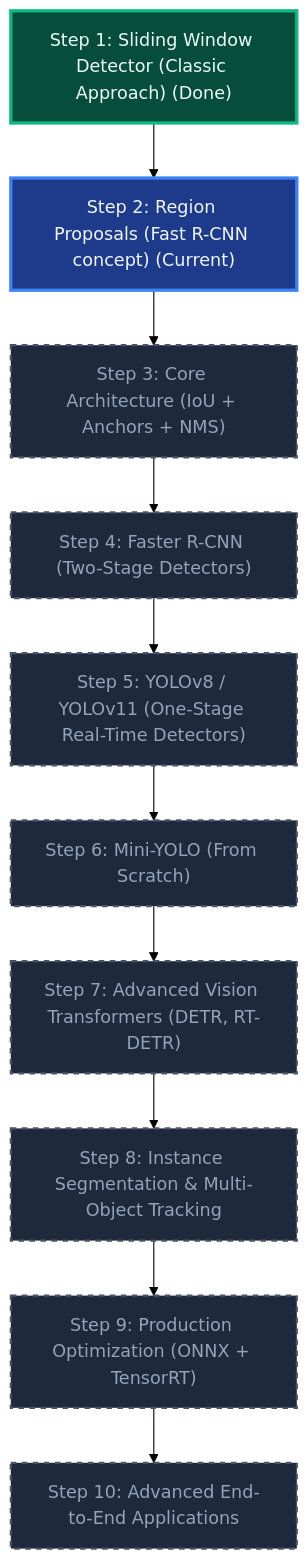
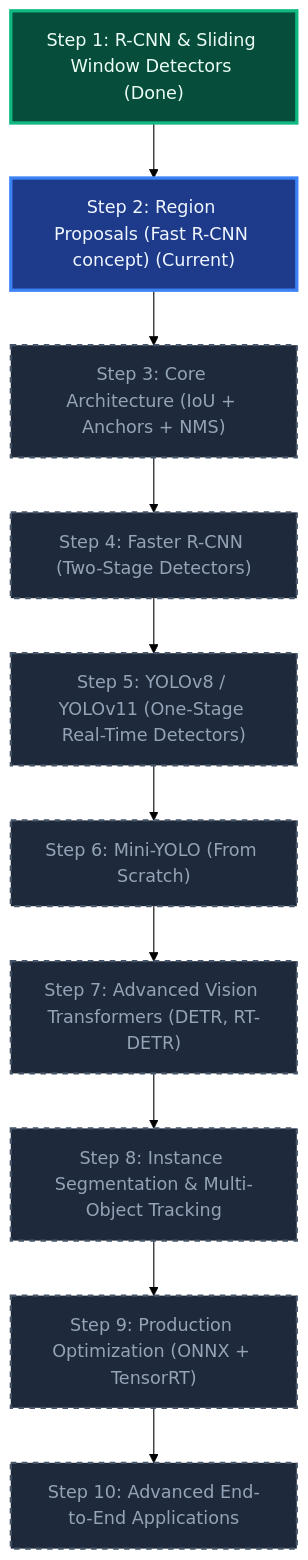
Before and after one commit to Abdullah1Allnami/Object-Detection: the diagram in README.md, drawn with Mermaid (forest theme). The commit also changed other lines of this file and 1 other file, not shown here.

Commit message:
docs: rename and update Step 1 documentation to include R-CNN concepts alongside sliding window detection

````diff
--- a/README.md
+++ b/README.md
@@ -11,27 +11,27 @@
 ```mermaid
 graph TD
     classDef planned fill:#1e293b,stroke:#475569,stroke-width:2px,stroke-dasharray: 5 5,color:#94a3b8;
     classDef active fill:#1e3a8a,stroke:#3b82f6,stroke-width:3px,color:#eff6ff;
     classDef done fill:#064e3b,stroke:#10b981,stroke-width:3px,color:#ecfdf5;
 
-    Step1["Step 1: Sliding Window Detector (Classic Approach) (Done)"]:::done
+    Step1["Step 1: R-CNN & Sliding Window Detectors (Done)"]:::done
     Step2["Step 2: Region Proposals (Fast R-CNN concept) (Current)"]:::active
     Step3["Step 3: Core Architecture (IoU + Anchors + NMS)"]:::planned
     Step4["Step 4: Faster R-CNN (Two-Stage Detectors)"]:::planned
     Step5["Step 5: YOLOv8 / YOLOv11 (One-Stage Real-Time Detectors)"]:::planned
     Step6["Step 6: Mini-YOLO (From Scratch)"]:::planned
     Step7["Step 7: Advanced Vision Transformers (DETR, RT-DETR)"]:::planned
     Step8["Step 8: Instance Segmentation & Multi-Object Tracking"]:::planned
     Step9["Step 9: Production Optimization (ONNX + TensorRT)"]:::planned
     Step10["Step 10: Advanced End-to-End Applications"]:::planned
 
     Step1 --> Step2
     Step2 --> Step3
     Step3 --> Step4
     Step4 --> Step5
     Step5 --> Step6
     Step6 --> Step7
     Step7 --> Step8
     Step8 --> Step9
     Step9 --> Step10
 ```
````
